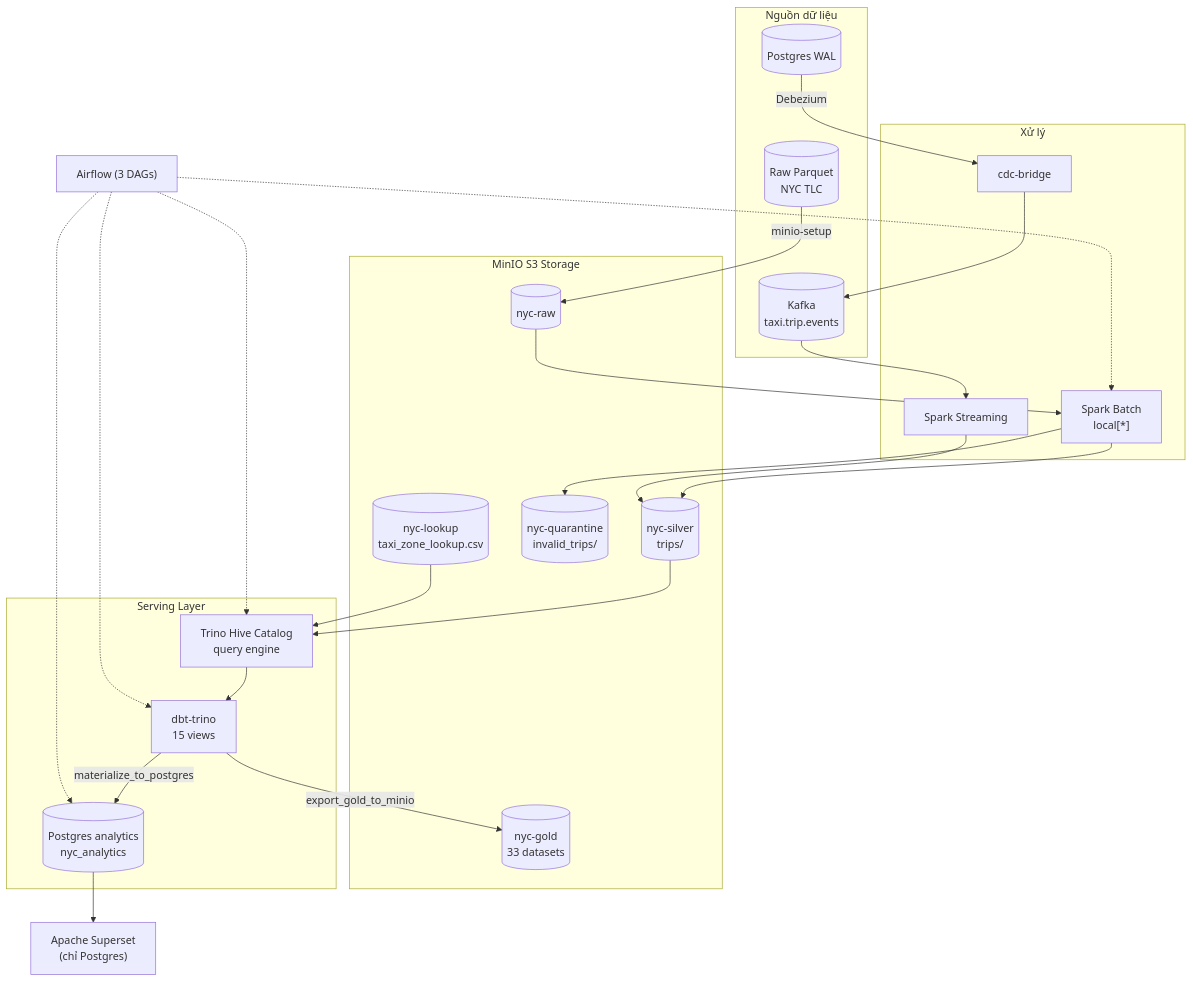
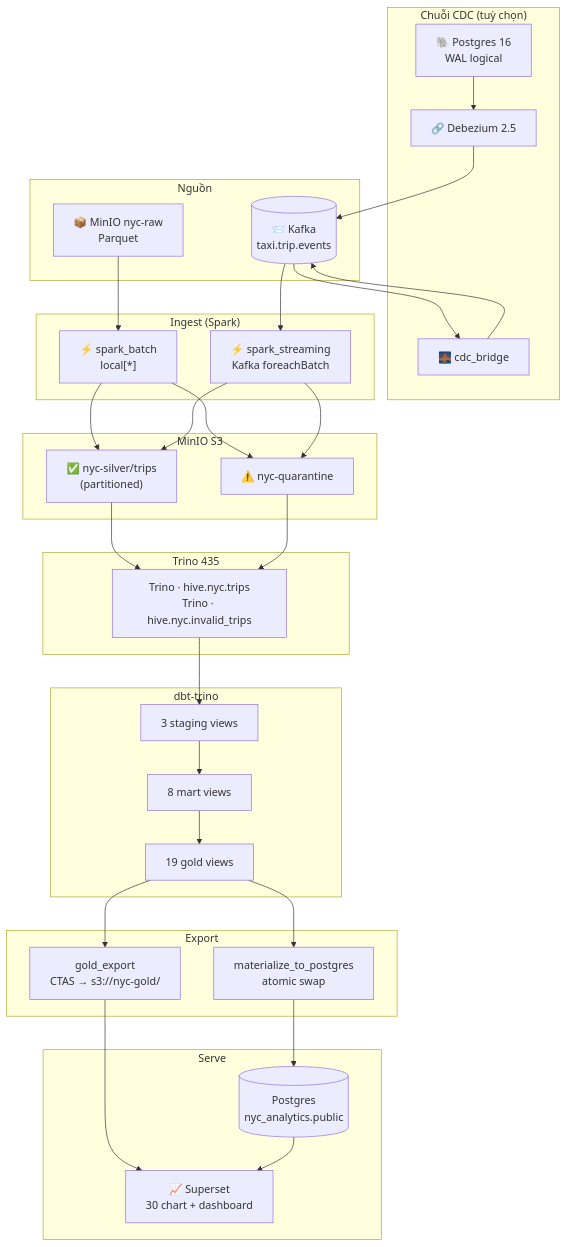
One commit to DawieMalmsteel/nyc_new changed the second of 19 diagrams in README_vi.md. Above: the diagram before and after it, drawn with Mermaid. The commit also changed other lines of this file and 1 other file, not shown here.

````diff
--- a/README_vi.md
+++ b/README_vi.md
@@ -39,44 +139,61 @@
 ```mermaid
 flowchart TD
-    subgraph SOURCE["Nguồn dữ liệu"]
-        RP[("Raw Parquet<br/>NYC TLC")]
-        K1[("Kafka<br/>taxi.trip.events")]
-        PG[("Postgres WAL")]
+    subgraph SRC["Nguồn"]
+        RAW["📦 MinIO nyc-raw<br/>Parquet"]
+        KAFKA[("📨 Kafka<br/>taxi.trip.events")]
     end
 
-    subgraph MINIO["MinIO S3 Storage"]
-        RAW[("nyc-raw")]
-        SILVER[("nyc-silver<br/>trips/")]
-        QUARANTINE[("nyc-quarantine<br/>invalid_trips/")]
-        LOOKUP[("nyc-lookup<br/>taxi_zone_lookup.csv")]
-        GOLD[("nyc-gold<br/>33 datasets")]
+    subgraph CDC["Chuỗi CDC (tuỳ chọn)"]
+        PG["🐘 Postgres 16<br/>WAL logical"]
+        DZ["🔗 Debezium 2.5"]
+        BR["🌉 cdc_bridge"]
     end
 
-    subgraph PROCESS["Xử lý"]
-        SB["Spark Batch<br/>local[*]"]
-        SS["Spark Streaming"]
-        BRIDGE[cdc-bridge]
+    subgraph INGEST["Ingest (Spark)"]
+        SB["⚡ spark_batch<br/>local[*]"]
+        SS["⚡ spark_streaming<br/>Kafka foreachBatch"]
     end
 
-    subgraph SERVE["Serving Layer"]
-        TRINO["Trino Hive Catalog<br/>query engine"]
-        DBT["dbt-trino<br/>15 views"]
-        PGDB[("Postgres analytics<br/>nyc_analytics")]
+    subgraph STORAGE["MinIO S3"]
+        SIL["✅ nyc-silver/trips<br/>(partitioned)"]
+        QUA["⚠️ nyc-quarantine"]
     end
 
-    RP -->|minio-setup| RAW
+    subgraph CATALOG["Trino 435"]
+        TR["Trino · hive.nyc.trips<br/>Trino · hive.nyc.invalid_trips"]
+    end
+
+    subgraph TRANSFORM["dbt-trino"]
+        STG["3 staging views"]
+        MRT["8 mart views"]
+        GLD["19 gold views"]
+    end
+
+    subgraph EXPORT["Export"]
+        GE["gold_export<br/>CTAS → s3://nyc-gold/"]
+        MP["materialize_to_postgres<br/>atomic swap"]
+    end
+
+    subgraph SERVE["Serve"]
+        PGDB[("Postgres<br/>nyc_analytics.public")]
+        SUP["📈 Superset<br/>30 chart + dashboard"]
+    end
+
     RAW --> SB
-    SB --> SILVER
-    SB --> QUARANTINE
-    K1 --> SS
-    SS --> SILVER
-    PG -->|Debezium| BRIDGE --> K1
+    KAFKA --> SS
+    PG --> DZ --> KAFKA
+    KAFKA --> BR --> KAFKA
 
-    SILVER --> TRINO
-    LOOKUP --> TRINO
-    TRINO --> DBT
-    DBT -->|export_gold_to_minio| GOLD
-    DBT -->|materialize_to_postgres| PGDB
-    AIRFLOW["Airflow (3 DAGs)"] -..-> SB & TRINO & DBT & PGDB
-    PGDB --> SUPERSET["Apache Superset<br/>(chỉ Postgres)"]
+    SB --> SIL
+    SB --> QUA
+    SS --> SIL
+    SS --> QUA
+
+    SIL --> TR
+    QUA --> TR
+    TR --> STG --> MRT --> GLD
+    GLD --> GE
+    GLD --> MP
+    GE --> SUP
+    MP --> PGDB --> SUP
 ```
````
